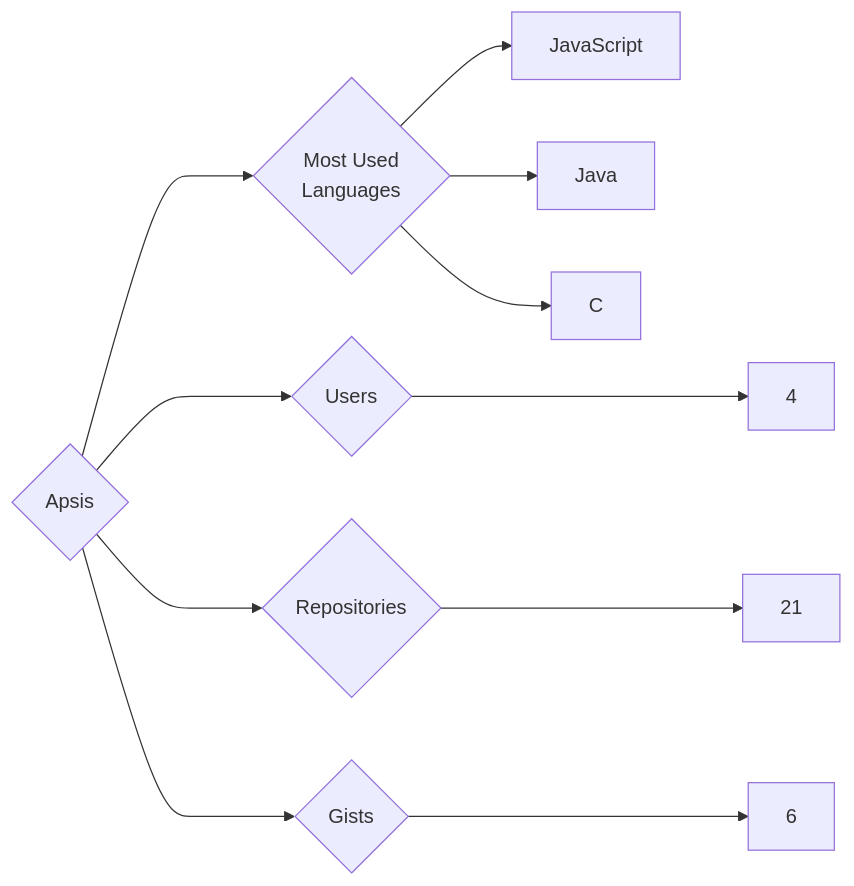
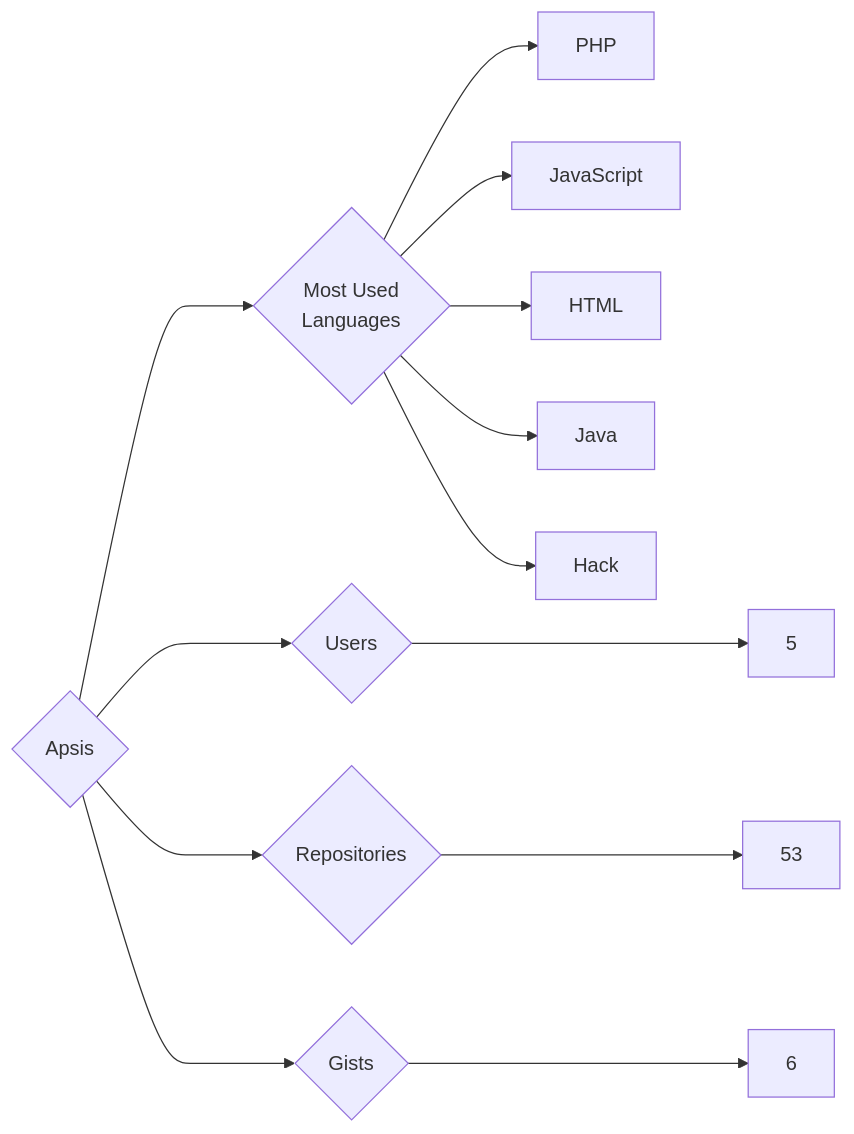
One commit to trickest/insiders changed the diagram in targets/Apsis/README.md. Above: the diagram before and after it, drawn with Mermaid. The commit also changed 880 other files, not shown here.

````diff
--- a/targets/Apsis/README.md
+++ b/targets/Apsis/README.md
@@ -3,11 +3,13 @@
 ```mermaid
 graph LR
 COMPANY_NAME{Apsis}
-COMPANY_NAME ---> U{Users} ---> UN[4]
-COMPANY_NAME ---> R{Repositories} ---> RN[21]
+COMPANY_NAME ---> U{Users} ---> UN[5]
+COMPANY_NAME ---> R{Repositories} ---> RN[53]
 COMPANY_NAME ---> G{Gists} ---> GN[6]
 COMPANY_NAME ---> ML{Most Used<br>Languages}
+ML --> PHP[PHP]
 ML --> JavaScript[JavaScript]
+ML --> HTML[HTML]
 ML --> Java[Java]
-ML --> C[C]
+ML --> Hack[Hack]
 ```
````
